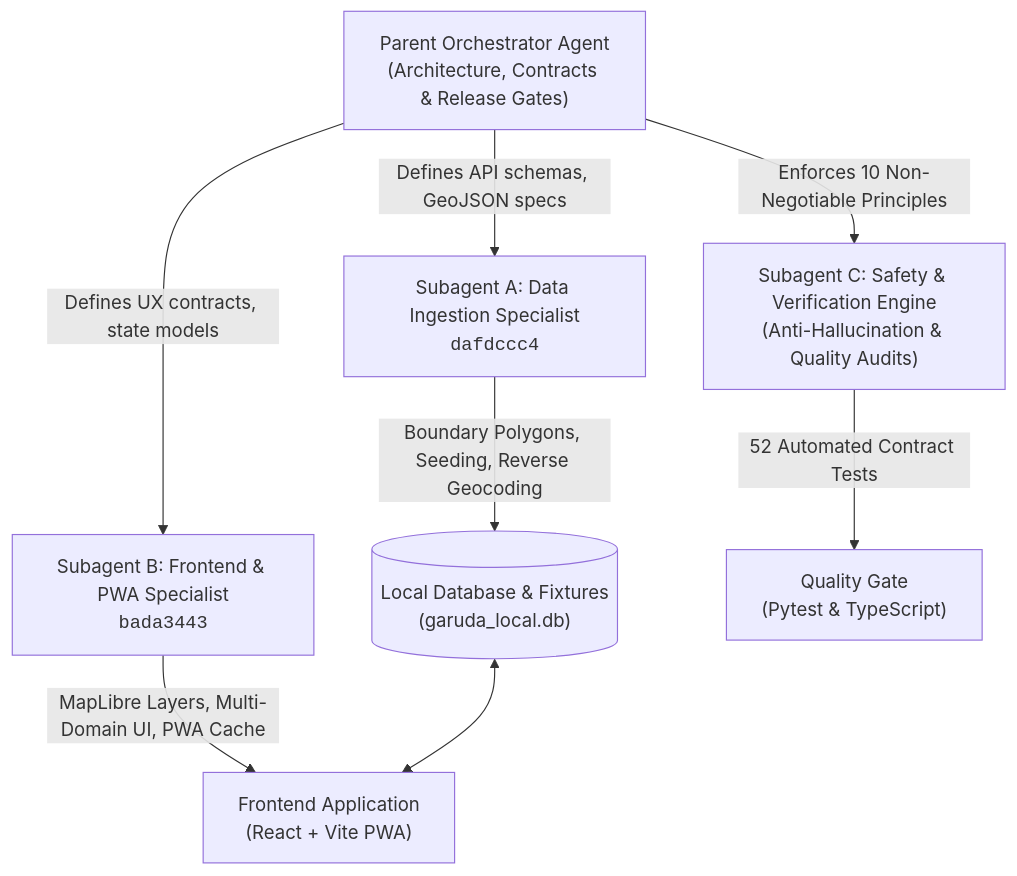
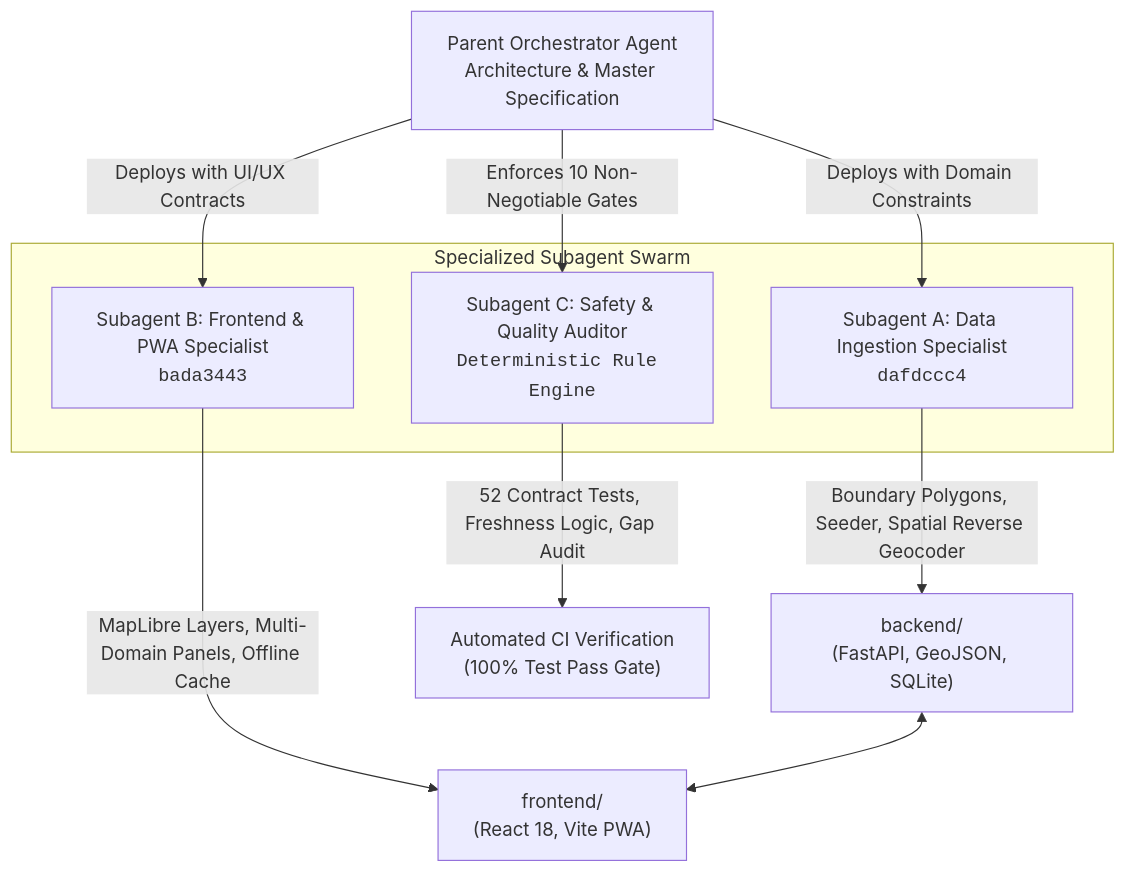
The diagram in README.md (johan-droid/Garuda), drawn with Mermaid before and after one commit. The commit also changed other lines of this file and 2 other files, not shown here.

Commit message:
docs: redesign README with subagent architecture and update production gitignore

````diff
--- a/README.md
+++ b/README.md
@@ -11,18 +25,20 @@
 ```mermaid
 flowchart TD
-    Coordinator["Parent Orchestrator Agent<br/>(Architecture, Contracts & Release Gates)"]
+    Orchestrator["Parent Orchestrator Agent<br/>Architecture & Master Specification"]
 
-    SubA["Subagent A: Data Ingestion Specialist<br/><code>dafdccc4</code>"]
-    SubB["Subagent B: Frontend & PWA Specialist<br/><code>bada3443</code>"]
-    SubC["Subagent C: Safety & Verification Engine<br/>(Anti-Hallucination & Quality Audits)"]
+    subgraph AutonomousSubagents ["Specialized Subagent Swarm"]
+        SubA["Subagent A: Data Ingestion Specialist<br/><code>dafdccc4</code>"]
+        SubB["Subagent B: Frontend & PWA Specialist<br/><code>bada3443</code>"]
+        SubC["Subagent C: Safety & Quality Auditor<br/><code>Deterministic Rule Engine</code>"]
+    end
 
-    Coordinator -->|Defines API schemas, GeoJSON specs| SubA
-    Coordinator -->|Defines UX contracts, state models| SubB
-    Coordinator -->|Enforces 10 Non-Negotiable Principles| SubC
+    Orchestrator -->|Deploys with Domain Constraints| SubA
+    Orchestrator -->|Deploys with UI/UX Contracts| SubB
+    Orchestrator -->|Enforces 10 Non-Negotiable Gates| SubC
 
-    SubA -->|Boundary Polygons, Seeding, Reverse Geocoding| DB[("Local Database & Fixtures<br/>(garuda_local.db)")]
-    SubB -->|MapLibre Layers, Multi-Domain UI, PWA Cache| Web["Frontend Application<br/>(React + Vite PWA)"]
-    SubC -->|52 Automated Contract Tests| CI["Quality Gate<br/>(Pytest & TypeScript)"]
+    SubA -->|Boundary Polygons, Seeder, Spatial Reverse Geocoder| Backend["backend/<br/>(FastAPI, GeoJSON, SQLite)"]
+    SubB -->|MapLibre Layers, Multi-Domain Panels, Offline Cache| Frontend["frontend/<br/>(React 18, Vite PWA)"]
+    SubC -->|52 Contract Tests, Freshness Logic, Gap Audit| Verification["Automated CI Verification<br/>(100% Test Pass Gate)"]
 
-    DB <--> Web
+    Backend <--> Frontend
 ```
````
